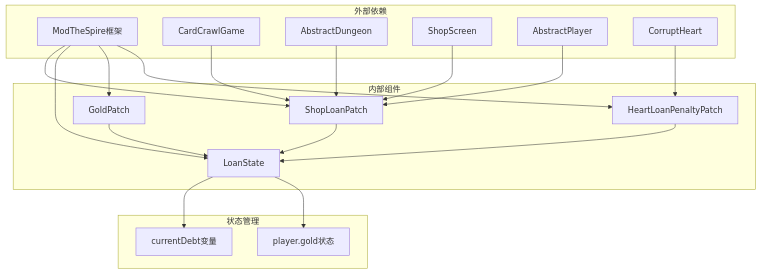
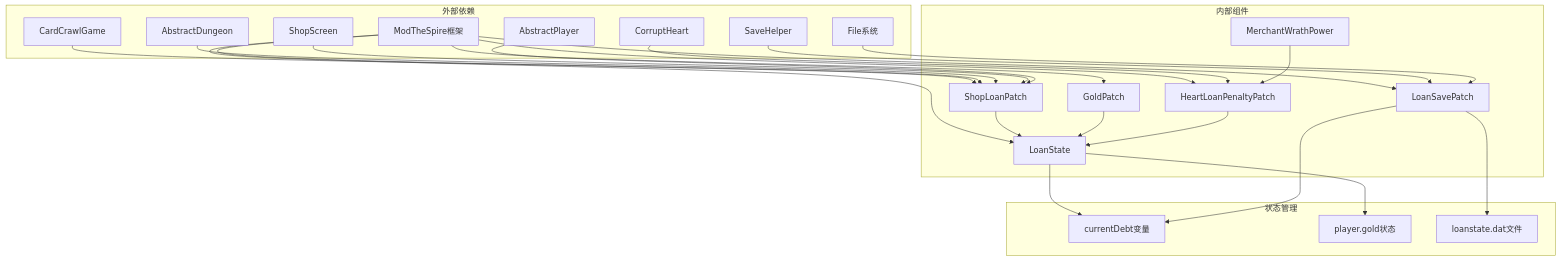
One commit to StephenZhuang/SpireMod changed diagram 14 of 14 in .qoder/repowiki/zh/content/核心功能/经济系统.md. Above: the diagram before and after it, drawn with Mermaid. The commit also changed other lines of this file and 35 other files, not shown here.

````diff
--- a/.qoder/repowiki/zh/content/核心功能/经济系统.md
+++ b/.qoder/repowiki/zh/content/核心功能/经济系统.md
@@ -398,35 +529,46 @@
 ```mermaid
 graph TB
 subgraph "外部依赖"
 A[ModTheSpire框架]
 B[CardCrawlGame]
 C[AbstractDungeon]
 D[ShopScreen]
 E[AbstractPlayer]
 F[CorruptHeart]
+G[SaveHelper]
+H[File系统]
 end
 subgraph "内部组件"
-G[ShopLoanPatch]
-H[LoanState]
-I[GoldPatch]
-J[HeartLoanPenaltyPatch]
+I[ShopLoanPatch]
+J[LoanSavePatch]
+K[LoanState]
+L[GoldPatch]
+M[HeartLoanPenaltyPatch]
+N[MerchantWrathPower]
 end
 subgraph "状态管理"
-K[currentDebt变量]
-L[player.gold状态]
+O[currentDebt变量]
+P[player.gold状态]
+Q[loanstate.dat文件]
 end
-A --> G
-A --> H
 A --> I
 A --> J
-B --> G
-C --> G
-D --> G
-E --> G
-F --> J
-G --> H
-I --> H
-J --> H
-H --> K
-H --> L
+A --> K
+A --> L
+A --> M
+B --> I
+C --> I
+D --> I
+E --> I
+F --> M
+G --> J
+H --> J
+I --> K
+L --> K
+M --> K
+N --> M
+K --> O
+K --> P
+J --> Q
+J --> O
 ```
````
